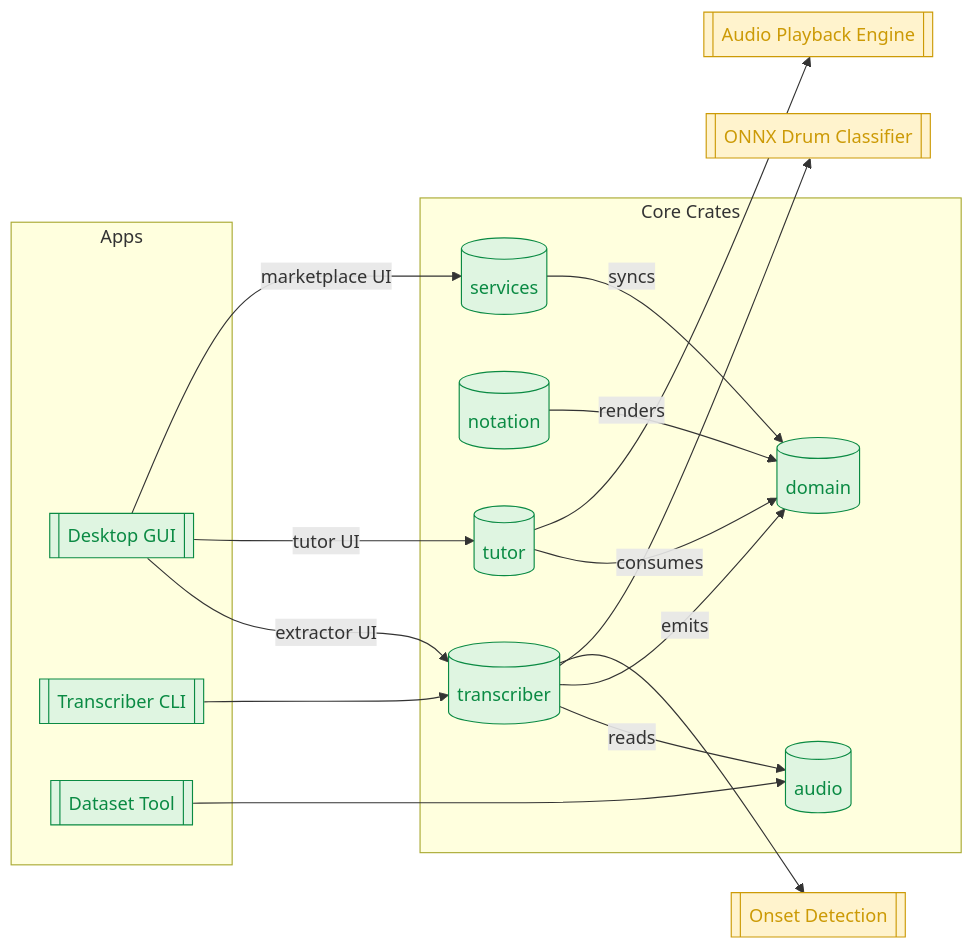
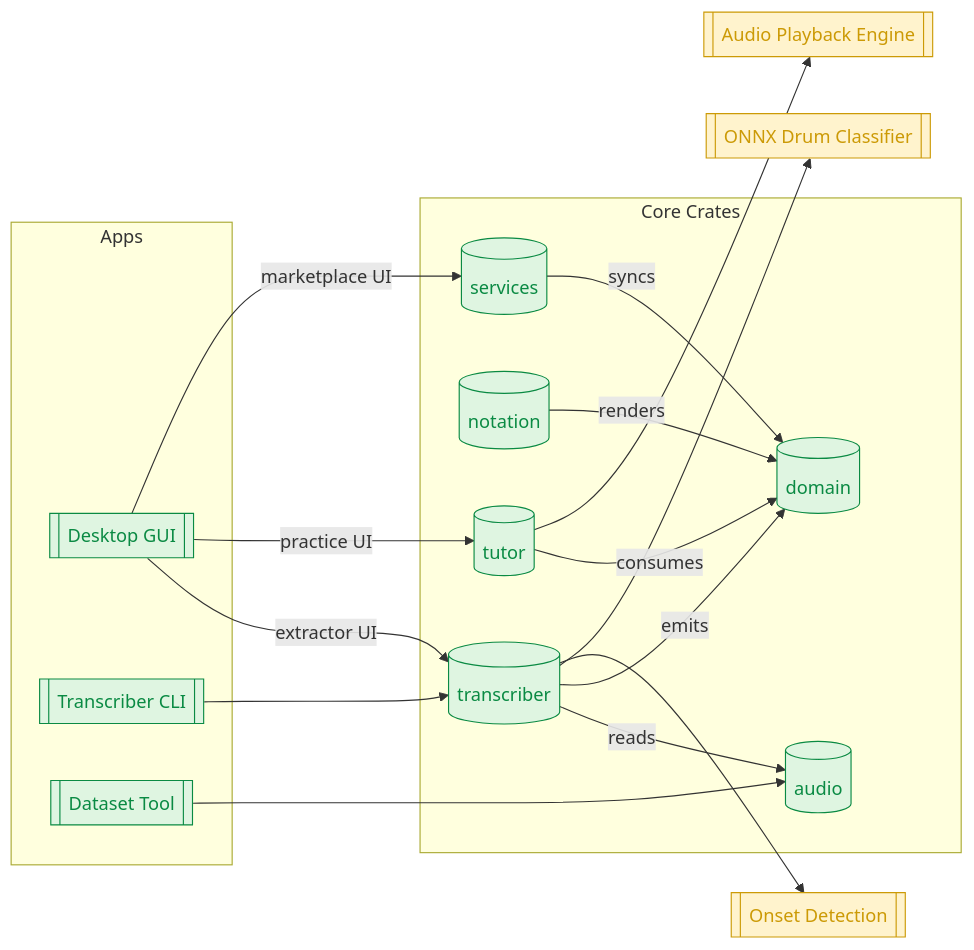
The diagram in docs/ARCHITECTURE.md (rejozacharia/Taal), drawn with Mermaid before and after one commit. The commit also changed other lines of this file and 5 other files, not shown here.

Commit message:
Practice UI: Free Play/Test, A/B loop, Review; rename Tutor to Practice; configurable timing windows; quick import; docs updated

````diff
--- a/docs/ARCHITECTURE.md
+++ b/docs/ARCHITECTURE.md
@@ -97,40 +108,40 @@
 ```mermaid
 flowchart LR
     subgraph Apps
       Desktop[[Desktop GUI]]:::built
       TranscribeCLI[[Transcriber CLI]]:::built
       DatasetCLI[[Dataset Tool]]:::built
     end
 
     subgraph Core Crates
       Domain[(domain)]:::built
       Audio[(audio)]:::built
       Transcriber[(transcriber)]:::built
       Notation[(notation)]:::built
       Tutor[(tutor)]:::built
       Services[(services)]:::built
     end
 
     Desktop -->|extractor UI| Transcriber
-    Desktop -->|tutor UI| Tutor
+    Desktop -->|practice UI| Tutor
     Desktop -->|marketplace UI| Services
     TranscribeCLI --> Transcriber
     DatasetCLI --> Audio
     Transcriber -->|reads| Audio
     Transcriber -->|emits| Domain
     Tutor -->|consumes| Domain
     Notation -->|renders| Domain
     Services -->|syncs| Domain
 
     classDef built fill:#dff5e1,stroke:#0a8a43,color:#0a8a43
     classDef tbd fill:#fff3cd,stroke:#cc9a06,color:#cc9a06
 
     %% Future modules
     Onsets[[Onset Detection]]:::tbd
     Classifier[[ONNX Drum Classifier]]:::tbd
     Playback[[Audio Playback Engine]]:::tbd
 
     Transcriber --> Onsets
     Transcriber --> Classifier
     Tutor --> Playback
 ```
````
